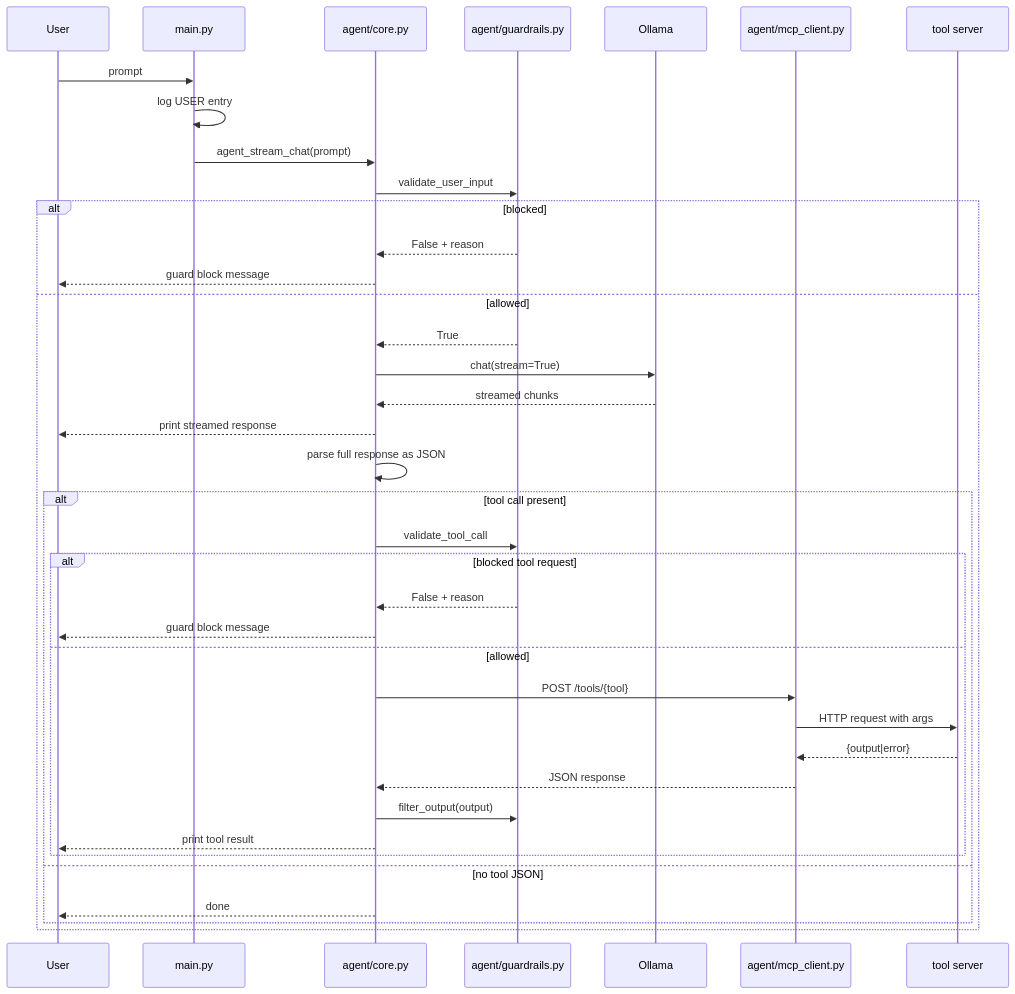
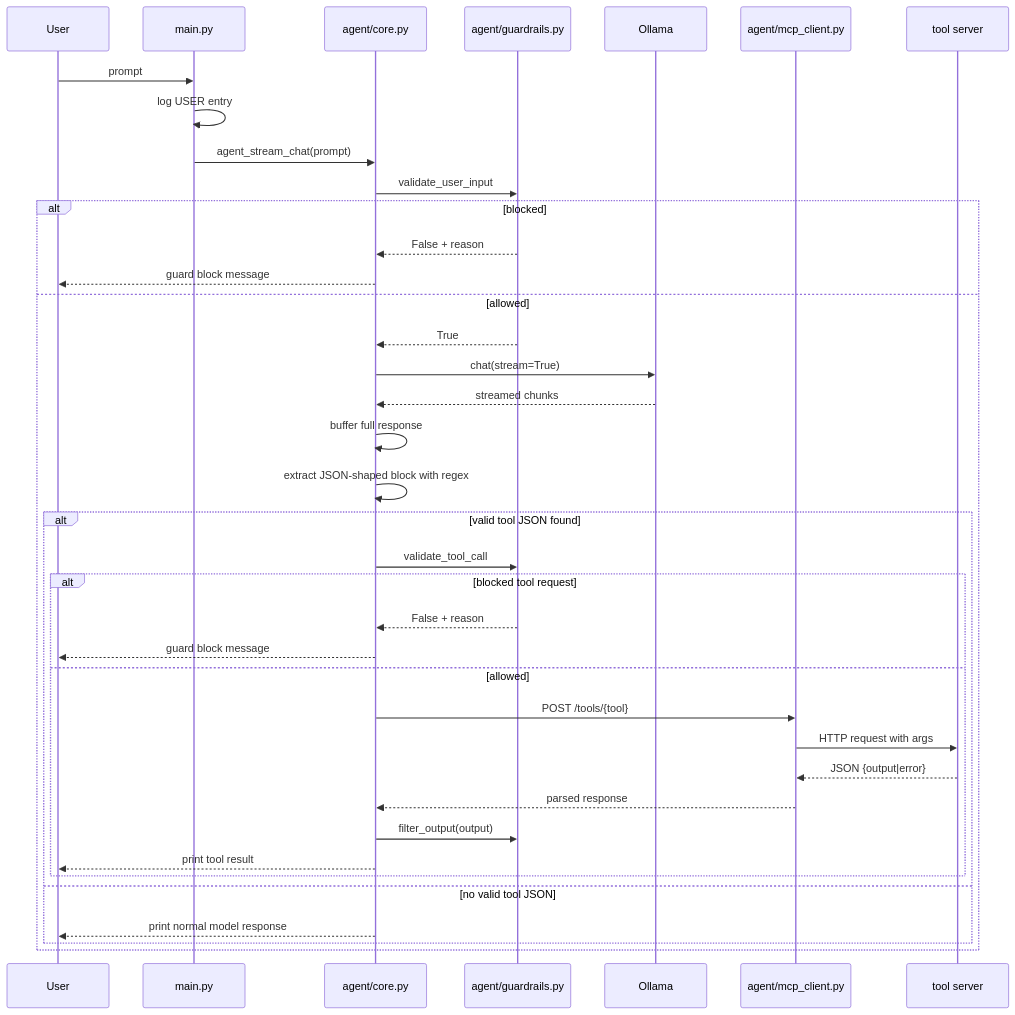
Before and after one commit to soorajrs409/e-agent: the third of 5 diagrams in docs/ARCHITECTURE.md, drawn with Mermaid. The commit also changed other lines of this file and 7 other files, not shown here.

````diff
--- a/docs/ARCHITECTURE.md
+++ b/docs/ARCHITECTURE.md
@@ -26,43 +41,43 @@
 ```mermaid
 sequenceDiagram
     participant User
     participant Main as main.py
     participant Core as agent/core.py
     participant Guard as agent/guardrails.py
     participant LLM as Ollama
     participant MCP as agent/mcp_client.py
     participant Server as tool server
 
     User->>Main: prompt
     Main->>Main: log USER entry
     Main->>Core: agent_stream_chat(prompt)
     Core->>Guard: validate_user_input
 
     alt blocked
         Guard-->>Core: False + reason
         Core-->>User: guard block message
     else allowed
         Guard-->>Core: True
         Core->>LLM: chat(stream=True)
         LLM-->>Core: streamed chunks
-        Core-->>User: print streamed response
+        Core->>Core: buffer full response
+        Core->>Core: extract JSON-shaped block with regex
 
-        Core->>Core: parse full response as JSON
-        alt tool call present
+        alt valid tool JSON found
             Core->>Guard: validate_tool_call
             alt blocked tool request
                 Guard-->>Core: False + reason
                 Core-->>User: guard block message
             else allowed
                 Core->>MCP: POST /tools/{tool}
                 MCP->>Server: HTTP request with args
-                Server-->>MCP: {output|error}
-                MCP-->>Core: JSON response
+                Server-->>MCP: JSON {output|error}
+                MCP-->>Core: parsed response
                 Core->>Guard: filter_output(output)
                 Core-->>User: print tool result
             end
-        else no tool JSON
-            Core-->>User: done
+        else no valid tool JSON
+            Core-->>User: print normal model response
         end
     end
 ```
````
